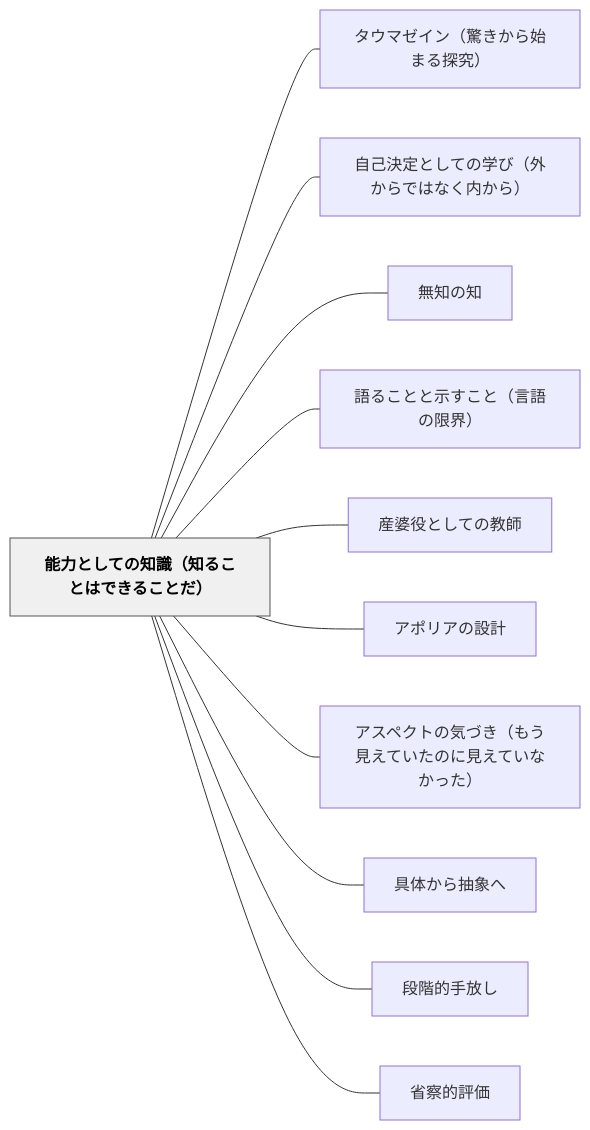
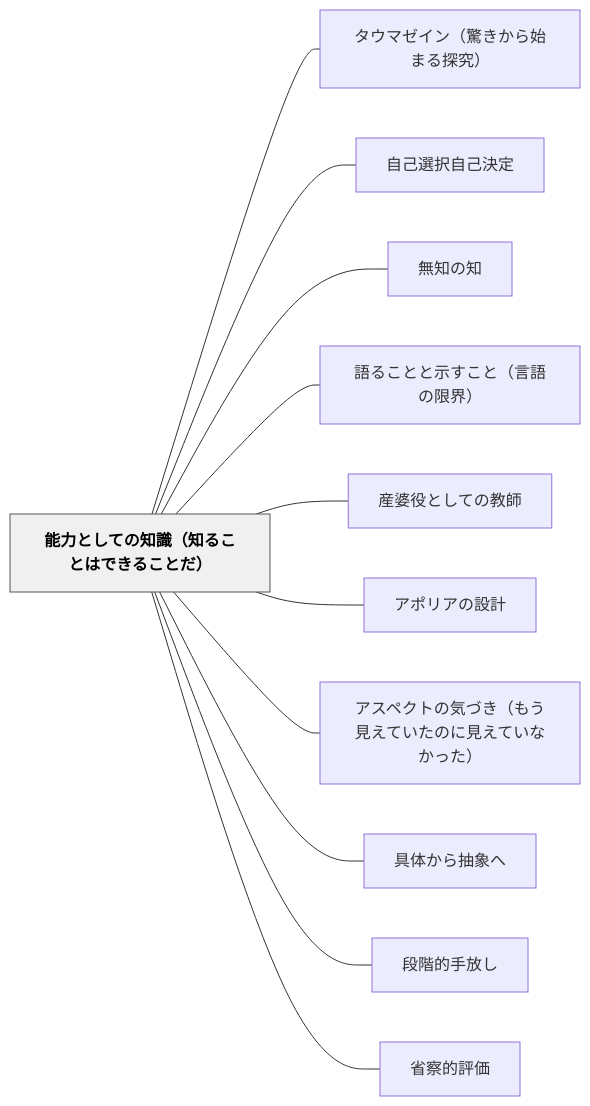
Before and after one commit to unknownthings-ed-patterns/unknownthings-ed-patterns: the diagram in content/パタン/能力としての知識（知ることはできることだ）.md, drawn with Mermaid. The commit also changed other lines of this file and 2 other files, not shown here.

Commit message:
auto: Obsidianから同期 2026-06-13 16:28

````diff
--- a/content/パタン/能力としての知識（知ることはできることだ）.md
+++ b/content/パタン/能力としての知識（知ることはできることだ）.md
@@ -143,28 +143,28 @@
 ```mermaid
 flowchart LR
     ne883bde58a9be381a8e38197e381a6e381aee79fa5e8ad98efbc88e79fa5e3828be38193e381a8e381afe381a7e3818de3828be38193e381a8e381a0efbc89["能力としての知識（知ることはできることだ）"]
     ne382bfe382a6e3839ee382bce382a4e383b3efbc88e9a99ae3818de3818be38289e5a78be381bee3828be68ea2e7a9b6efbc89["タウマゼイン（驚きから始まる探究）"]
-    ne887aae5b7b1e6b1bae5ae9ae381a8e38197e381a6e381aee5ada6e381b3efbc88e5a496e3818be38289e381a7e381afe381aae3818fe58685e3818be38289efbc89["自己決定としての学び（外からではなく内から）"]
+    ne887aae5b7b1e981b8e68a9ee887aae5b7b1e6b1bae5ae9a["自己選択自己決定"]
     ne784a1e79fa5e381aee79fa5["無知の知"]
     ne8aa9ee3828be38193e381a8e381a8e7a4bae38199e38193e381a8efbc88e8a880e8aa9ee381aee99990e7958cefbc89["語ることと示すこと（言語の限界）"]
     ne794a3e5a986e5bdb9e381a8e38197e381a6e381aee69599e5b8ab["産婆役としての教師"]
     ne382a2e3839de383aae382a2e381aee8a8ade8a888["アポリアの設計"]
     ne382a2e382b9e3839ae382afe38388e381aee6b097e381a5e3818defbc88e38282e38186e8a68be38188e381a6e38184e3819fe381aee381abe8a68be38188e381a6e38184e381aae3818be381a3e3819fefbc89["アスペクトの気づき（もう見えていたのに見えていなかった）"]
     ne585b7e4bd93e3818be38289e68abde8b1a1e381b8["具体から抽象へ"]
     ne6aeb5e99a8ee79a84e6898be694bee38197["段階的手放し"]
     ne79c81e5af9fe79a84e8a995e4bea1["省察的評価"]
 
     ne883bde58a9be381a8e38197e381a6e381aee79fa5e8ad98efbc88e79fa5e3828be38193e381a8e381afe381a7e3818de3828be38193e381a8e381a0efbc89 --- ne382bfe382a6e3839ee382bce382a4e383b3efbc88e9a99ae3818de3818be38289e5a78be381bee3828be68ea2e7a9b6efbc89
-    ne883bde58a9be381a8e38197e381a6e381aee79fa5e8ad98efbc88e79fa5e3828be38193e381a8e381afe381a7e3818de3828be38193e381a8e381a0efbc89 --- ne887aae5b7b1e6b1bae5ae9ae381a8e38197e381a6e381aee5ada6e381b3efbc88e5a496e3818be38289e381a7e381afe381aae3818fe58685e3818be38289efbc89
+    ne883bde58a9be381a8e38197e381a6e381aee79fa5e8ad98efbc88e79fa5e3828be38193e381a8e381afe381a7e3818de3828be38193e381a8e381a0efbc89 --- ne887aae5b7b1e981b8e68a9ee887aae5b7b1e6b1bae5ae9a
     ne883bde58a9be381a8e38197e381a6e381aee79fa5e8ad98efbc88e79fa5e3828be38193e381a8e381afe381a7e3818de3828be38193e381a8e381a0efbc89 --- ne784a1e79fa5e381aee79fa5
     ne883bde58a9be381a8e38197e381a6e381aee79fa5e8ad98efbc88e79fa5e3828be38193e381a8e381afe381a7e3818de3828be38193e381a8e381a0efbc89 --- ne8aa9ee3828be38193e381a8e381a8e7a4bae38199e38193e381a8efbc88e8a880e8aa9ee381aee99990e7958cefbc89
     ne883bde58a9be381a8e38197e381a6e381aee79fa5e8ad98efbc88e79fa5e3828be38193e381a8e381afe381a7e3818de3828be38193e381a8e381a0efbc89 --- ne794a3e5a986e5bdb9e381a8e38197e381a6e381aee69599e5b8ab
     ne883bde58a9be381a8e38197e381a6e381aee79fa5e8ad98efbc88e79fa5e3828be38193e381a8e381afe381a7e3818de3828be38193e381a8e381a0efbc89 --- ne382a2e3839de383aae382a2e381aee8a8ade8a888
     ne883bde58a9be381a8e38197e381a6e381aee79fa5e8ad98efbc88e79fa5e3828be38193e381a8e381afe381a7e3818de3828be38193e381a8e381a0efbc89 --- ne382a2e382b9e3839ae382afe38388e381aee6b097e381a5e3818defbc88e38282e38186e8a68be38188e381a6e38184e3819fe381aee381abe8a68be38188e381a6e38184e381aae3818be381a3e3819fefbc89
     ne883bde58a9be381a8e38197e381a6e381aee79fa5e8ad98efbc88e79fa5e3828be38193e381a8e381afe381a7e3818de3828be38193e381a8e381a0efbc89 --- ne585b7e4bd93e3818be38289e68abde8b1a1e381b8
     ne883bde58a9be381a8e38197e381a6e381aee79fa5e8ad98efbc88e79fa5e3828be38193e381a8e381afe381a7e3818de3828be38193e381a8e381a0efbc89 --- ne6aeb5e99a8ee79a84e6898be694bee38197
     ne883bde58a9be381a8e38197e381a6e381aee79fa5e8ad98efbc88e79fa5e3828be38193e381a8e381afe381a7e3818de3828be38193e381a8e381a0efbc89 --- ne79c81e5af9fe79a84e8a995e4bea1
 
     classDef hub fill:#f0f0f0,stroke:#555,color:#000,font-weight:bold
     class ne883bde58a9be381a8e38197e381a6e381aee79fa5e8ad98efbc88e79fa5e3828be38193e381a8e381afe381a7e3818de3828be38193e381a8e381a0efbc89 hub
 ```
````
